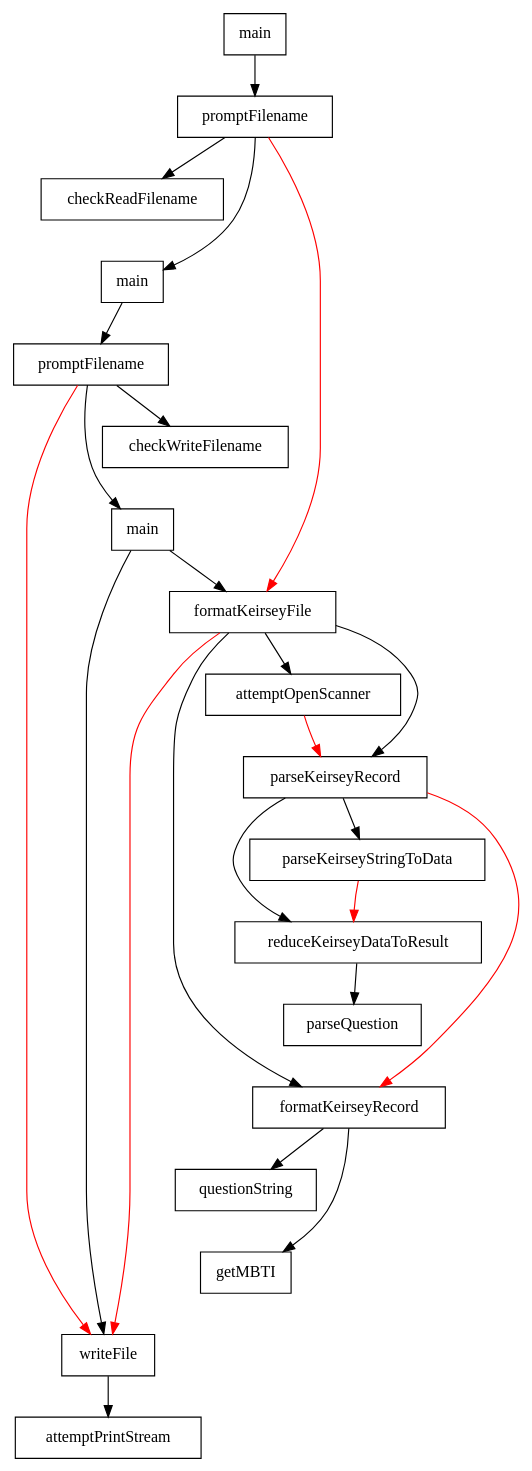
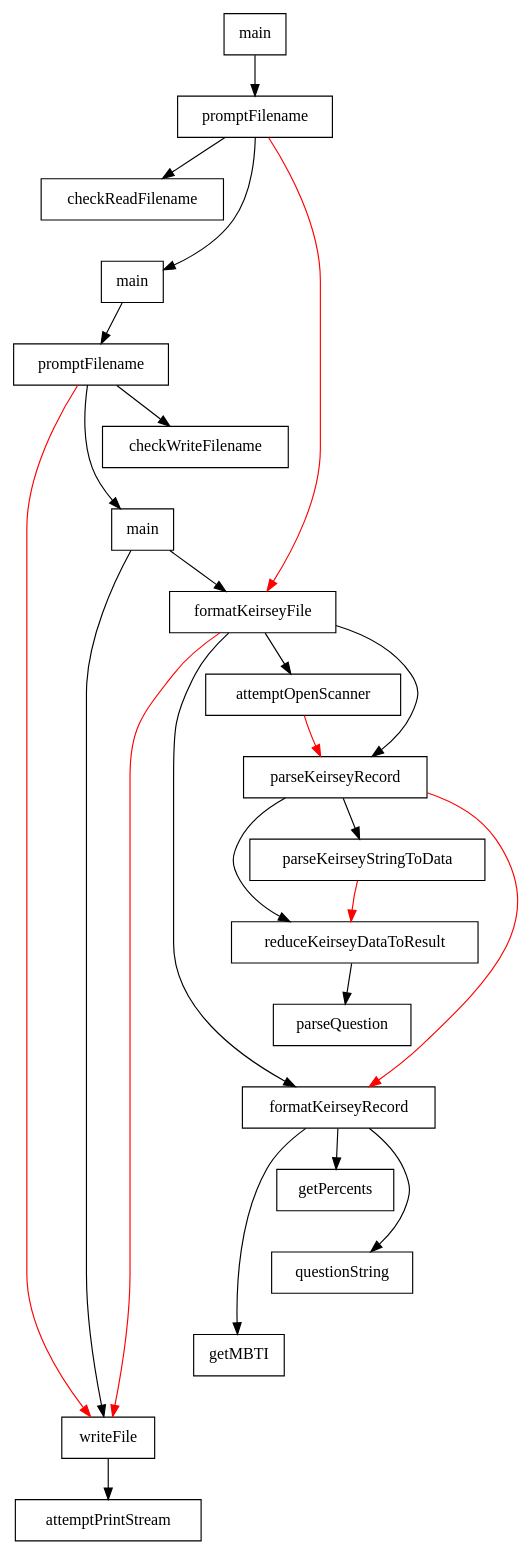
One commit to 9999years/cosi12b changed the diagram in pa1/flow-diagram.dot. Above: the diagram before and after it, drawn with Graphviz. The commit also changed 3 other files, not shown here.

Commit message:
removed assignment pdf, added flow chart

```diff
--- a/pa1/flow-diagram.dot
+++ b/pa1/flow-diagram.dot
@@ -1,52 +1,52 @@
 digraph {
 	node [shape=box];
 
 	main
 	-> promptFilename
 	-> { main2 [label=main] }
 	-> { promptFilename2 [label=promptFilename] }
 	-> checkWriteFilename;
 
 	promptFilename -> checkReadFilename;
 
 	promptFilename2
 	-> { main3 [label=main] }
 	-> formatKeirseyFile
 	-> {
 		attemptOpenScanner
 		parseKeirseyRecord
 		formatKeirseyRecord
 	};
 
 	parseKeirseyRecord
 	-> parseKeirseyStringToData;
 
 	parseKeirseyRecord
 	-> reduceKeirseyDataToResult
 	-> parseQuestion;
 
 	formatKeirseyRecord
-	-> { questionString getMBTI };
+	-> { getPercents questionString getMBTI };
 
 	main3
 	-> writeFile
 	-> attemptPrintStream;
 
 	// data flow
 	edge [color=red];
 	promptFilename -> formatKeirseyFile -> writeFile;
 	promptFilename2 -> writeFile;
 	parseKeirseyRecord -> formatKeirseyRecord;
 	parseKeirseyStringToData -> reduceKeirseyDataToResult;
 	attemptOpenScanner -> parseKeirseyRecord;
 
 	// invisible arrows for ordering
 	edge [style=invis];
 
 	checkReadFilename -> main2;
 	checkWriteFilename -> main3;
 	attemptOpenScanner -> parseKeirseyRecord;
 	parseKeirseyStringToData -> reduceKeirseyDataToResult;
 	parseQuestion -> formatKeirseyRecord;
-	questionString -> getMBTI -> writeFile;
+	getPercents -> questionString -> getMBTI -> writeFile;
 }
```
